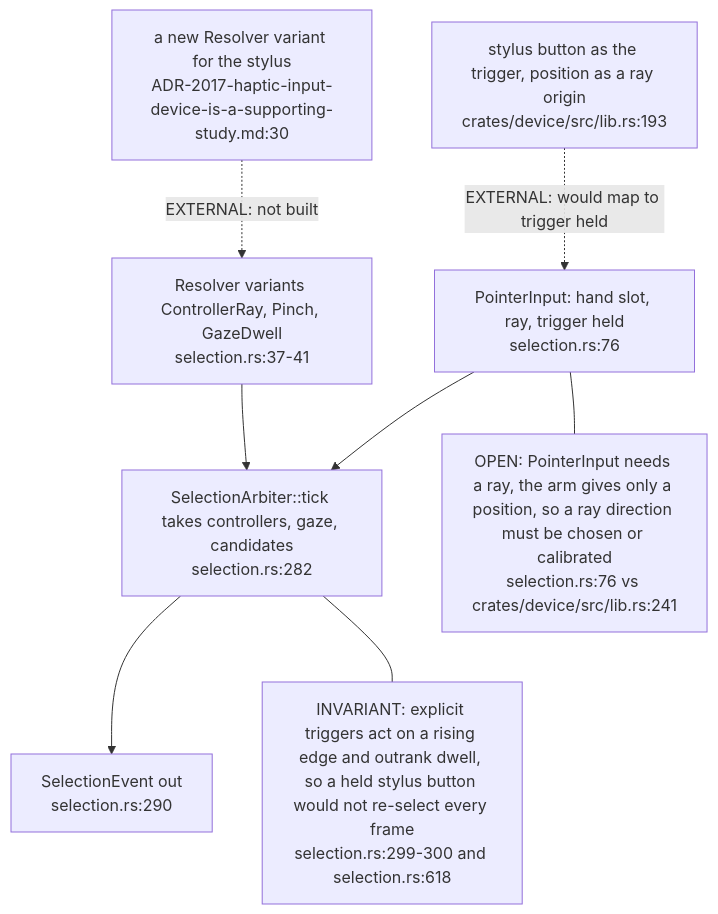
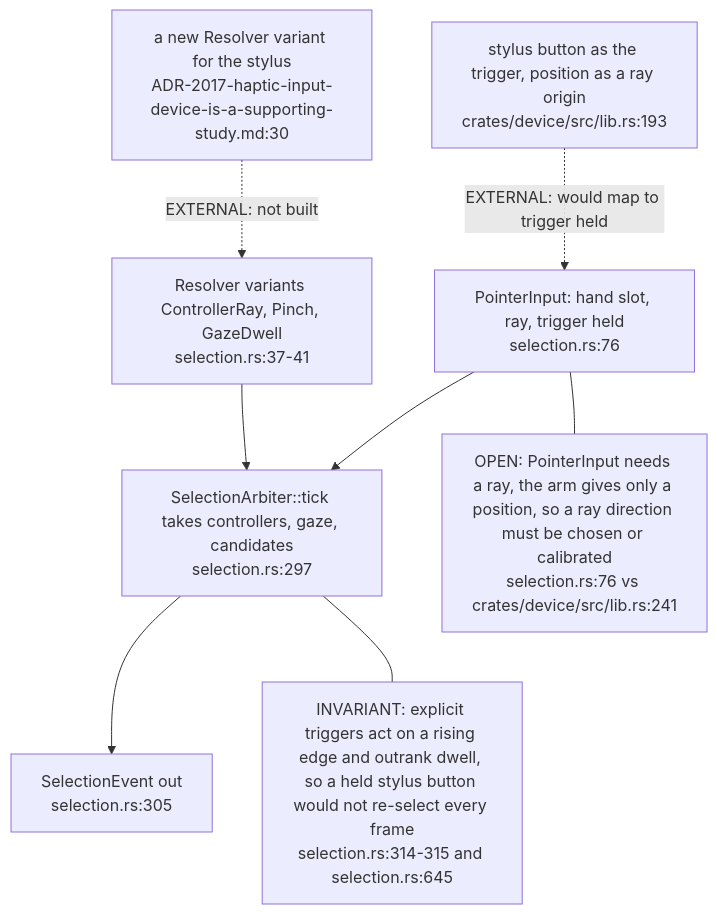
One commit to DreamLab-AI/VisionFlow changed the fourth of 4 diagrams in docs/diagrams/visiontouch-rs/07-estate-position-and-future-visionclaw-grab-path.md. Above: the diagram before and after it, drawn with Mermaid. The commit also changed other lines of this file and 154 other files, not shown here.

First line of the commit message:
docs(diagrams): re-stamp 154 topics whose every citation still reads the same text at the current heads

````diff
--- a/docs/diagrams/visiontouch-rs/07-estate-position-and-future-visionclaw-grab-path.md
+++ b/docs/diagrams/visiontouch-rs/07-estate-position-and-future-visionclaw-grab-path.md
@@ -114,18 +114,18 @@
 ```mermaid
 flowchart TB
     PI["PointerInput: hand slot, ray, trigger held<br/>selection.rs:76"]
     RES["Resolver variants ControllerRay, Pinch, GazeDwell<br/>selection.rs:37-41"]
-    ARB["SelectionArbiter::tick takes controllers, gaze, candidates<br/>selection.rs:282"]
-    EVT["SelectionEvent out<br/>selection.rs:290"]
+    ARB["SelectionArbiter::tick takes controllers, gaze, candidates<br/>selection.rs:297"]
+    EVT["SelectionEvent out<br/>selection.rs:305"]
     NEW["a new Resolver variant for the stylus<br/>ADR-2017-haptic-input-device-is-a-supporting-study.md:30"]
     STY["stylus button as the trigger, position as a ray origin<br/>crates/device/src/lib.rs:193"]
     STY -. "EXTERNAL: would map to trigger held" .-> PI
     PI --> ARB
     RES --> ARB
     ARB --> EVT
     NEW -. "EXTERNAL: not built" .-> RES
-    N1["INVARIANT: explicit triggers act on a rising edge and outrank dwell, so a held stylus button would not re-select every frame<br/>selection.rs:299-300 and selection.rs:618"]
+    N1["INVARIANT: explicit triggers act on a rising edge and outrank dwell, so a held stylus button would not re-select every frame<br/>selection.rs:314-315 and selection.rs:645"]
     N2["OPEN: PointerInput needs a ray, the arm gives only a position, so a ray direction must be chosen or calibrated<br/>selection.rs:76 vs crates/device/src/lib.rs:241"]
     ARB --- N1
     PI --- N2
 ```
````
